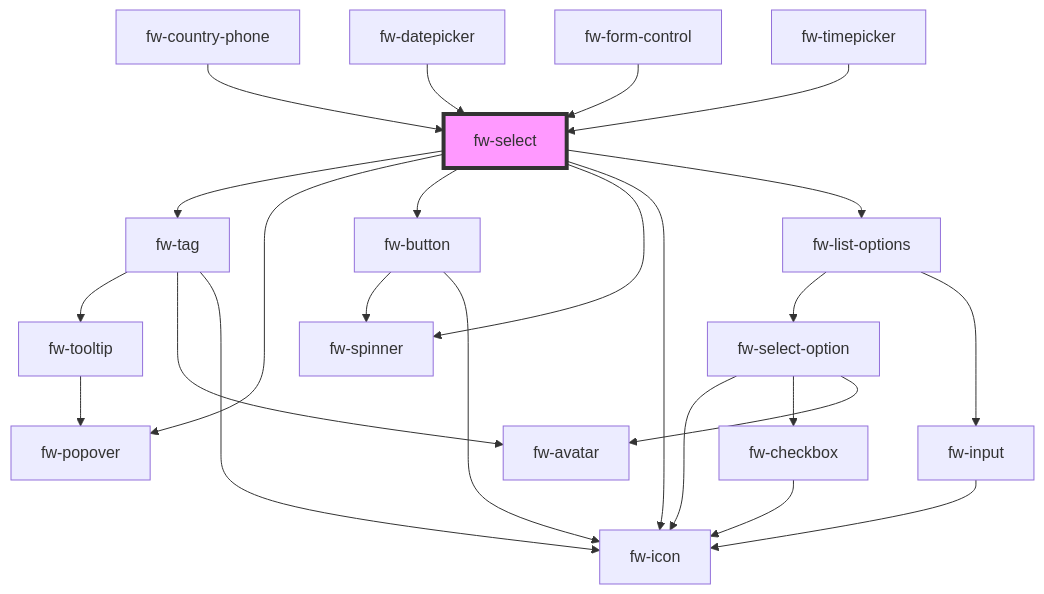
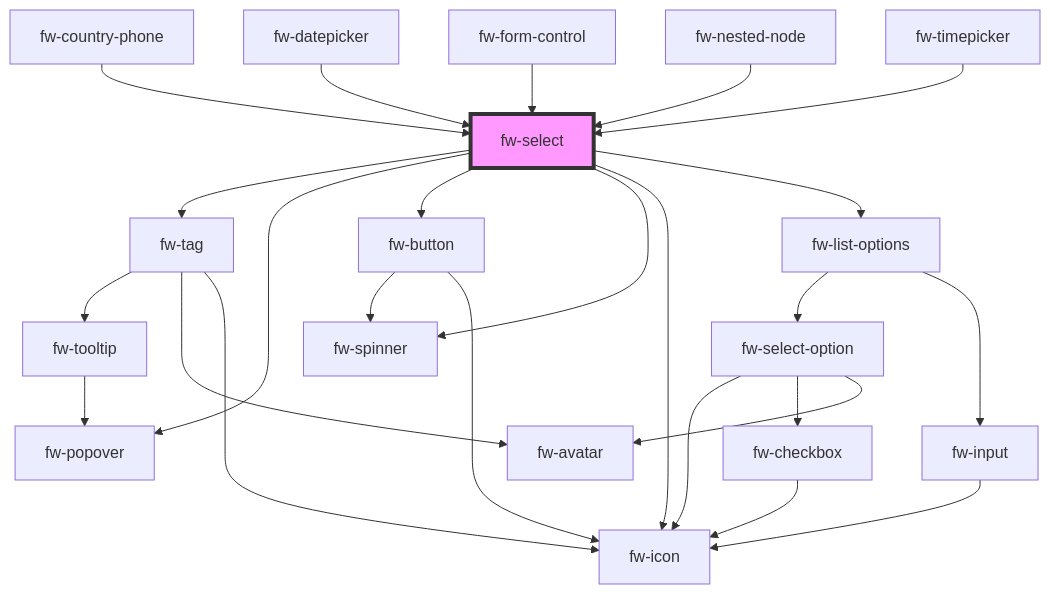
Before and after one commit to freshworks/crayons: the diagram in packages/crayons-core/src/components/select/readme.md, drawn with Mermaid. The commit also changed other lines of this file and 7 other files, not shown here.

Commit message:
feat: adding bare minimal required nested select option

````diff
--- a/packages/crayons-core/src/components/select/readme.md
+++ b/packages/crayons-core/src/components/select/readme.md
@@ -2016,27 +2017,28 @@
 ```mermaid
 graph TD;
   fw-select --> fw-tag
   fw-select --> fw-popover
   fw-select --> fw-button
   fw-select --> fw-spinner
   fw-select --> fw-icon
   fw-select --> fw-list-options
   fw-tag --> fw-tooltip
   fw-tag --> fw-avatar
   fw-tag --> fw-icon
   fw-tooltip --> fw-popover
   fw-button --> fw-spinner
   fw-button --> fw-icon
   fw-list-options --> fw-select-option
   fw-list-options --> fw-input
   fw-select-option --> fw-icon
   fw-select-option --> fw-checkbox
   fw-select-option --> fw-avatar
   fw-checkbox --> fw-icon
   fw-input --> fw-icon
   fw-country-phone --> fw-select
   fw-datepicker --> fw-select
   fw-form-control --> fw-select
+  fw-nested-node --> fw-select
   fw-timepicker --> fw-select
   style fw-select fill:#f9f,stroke:#333,stroke-width:4px
 ```
````
